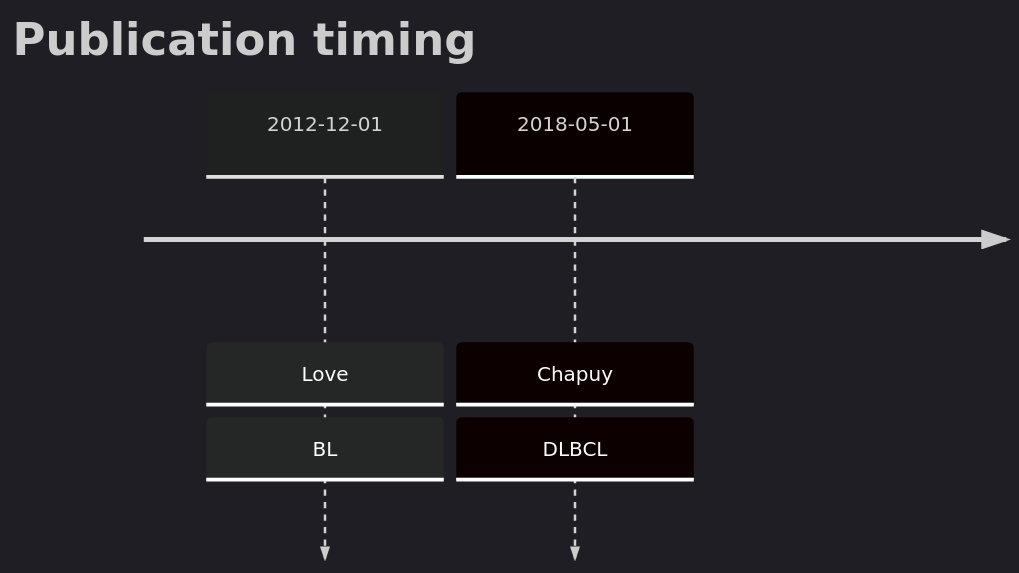
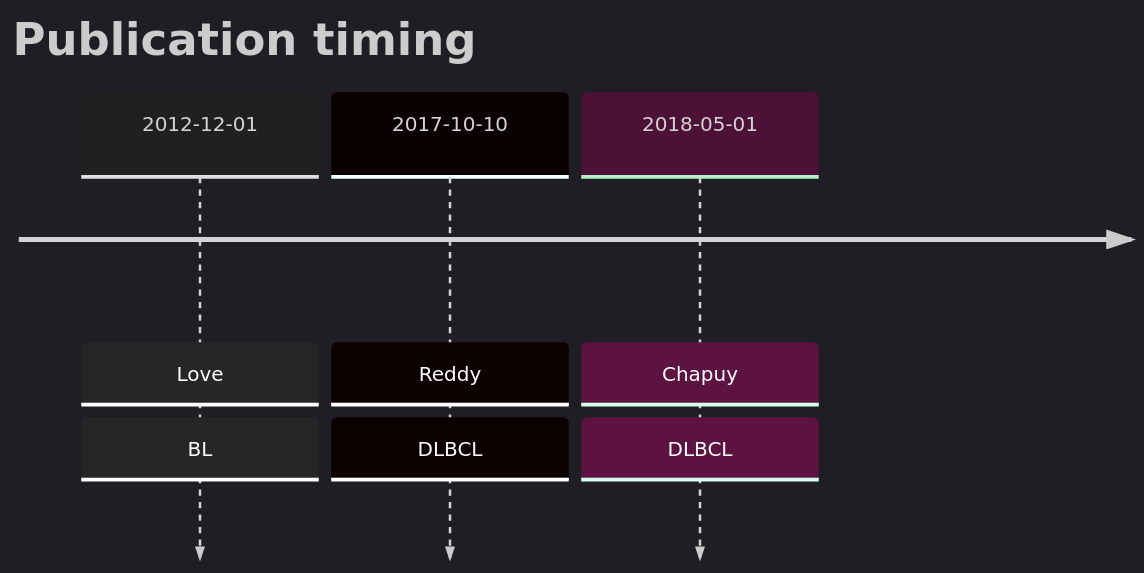
The diagram in PTEN.md (morinlab/lymphopedia), drawn with Mermaid before and after one commit.

````diff
--- a/PTEN.md
+++ b/PTEN.md
@@ -9,7 +9,8 @@
 ```mermaid
 %%{init: { 'logLevel': 'debug', 'theme': 'dark' } }%%
 timeline
     title Publication timing
       2012-12-01 : Love : BL
+      2017-10-10 : Reddy : DLBCL
       2018-05-01 : Chapuy : DLBCL
 ```
````
